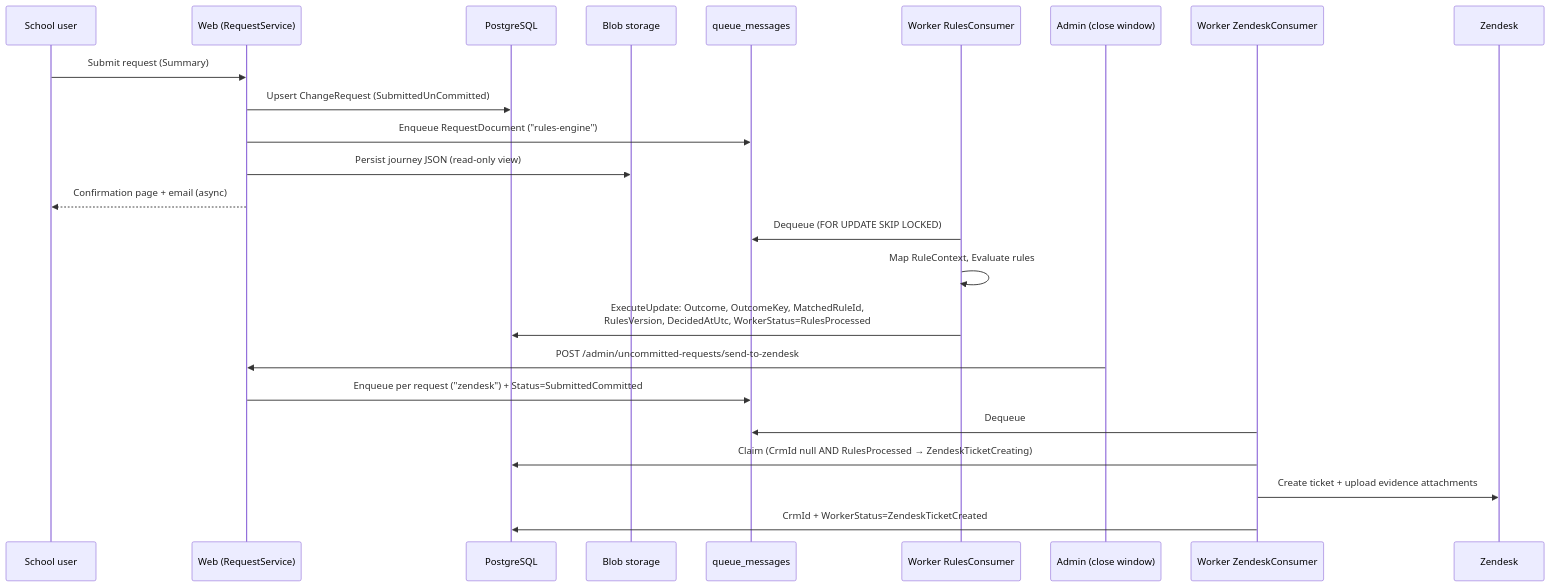
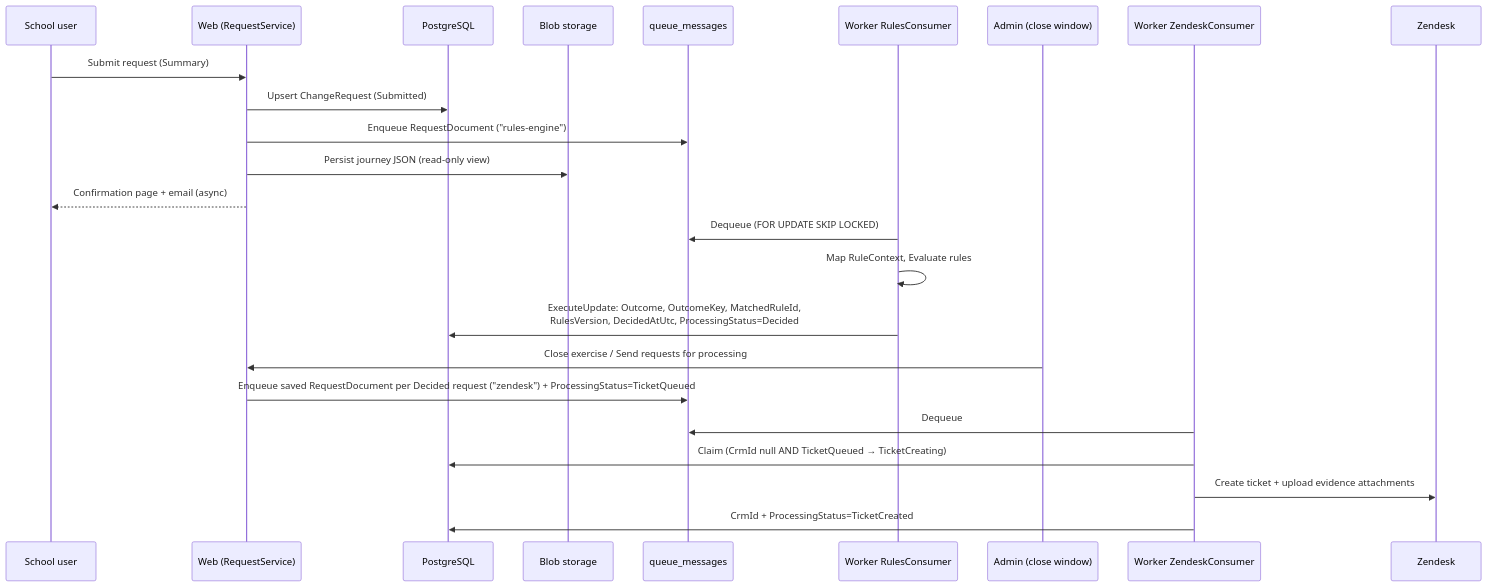
The third of 4 diagrams in docs/technical-stakeholders-functional-overview.md (DFE-Digital/check-performance-data), drawn with Mermaid before and after one commit. The commit also changed other lines of this file and 82 other files, not shown here.

Commit message:
Simplifying the request statuses and how the messages flow through Rules Engine and Zendesk sender.

````diff
--- a/docs/technical-stakeholders-functional-overview.md
+++ b/docs/technical-stakeholders-functional-overview.md
@@ -109,27 +109,27 @@
 ```mermaid
 sequenceDiagram
   participant U as School user
   participant W as Web (RequestService)
   participant DB as PostgreSQL
   participant B as Blob storage
   participant Q as queue_messages
   participant RC as Worker RulesConsumer
   participant A as Admin (close window)
   participant ZC as Worker ZendeskConsumer
   participant Z as Zendesk
 
   U->>W: Submit request (Summary)
-  W->>DB: Upsert ChangeRequest (SubmittedUnCommitted)
+  W->>DB: Upsert ChangeRequest (Submitted)
   W->>Q: Enqueue RequestDocument ("rules-engine")
   W->>B: Persist journey JSON (read-only view)
   W-->>U: Confirmation page + email (async)
   RC->>Q: Dequeue (FOR UPDATE SKIP LOCKED)
   RC->>RC: Map RuleContext, Evaluate rules
-  RC->>DB: ExecuteUpdate: Outcome, OutcomeKey, MatchedRuleId,<br/>RulesVersion, DecidedAtUtc, WorkerStatus=RulesProcessed
-  A->>W: POST /admin/uncommitted-requests/send-to-zendesk
-  W->>Q: Enqueue per request ("zendesk") + Status=SubmittedCommitted
+  RC->>DB: ExecuteUpdate: Outcome, OutcomeKey, MatchedRuleId,<br/>RulesVersion, DecidedAtUtc, ProcessingStatus=Decided
+  A->>W: Close exercise / Send requests for processing
+  W->>Q: Enqueue saved RequestDocument per Decided request ("zendesk") + ProcessingStatus=TicketQueued
   ZC->>Q: Dequeue
-  ZC->>DB: Claim (CrmId null AND RulesProcessed → ZendeskTicketCreating)
+  ZC->>DB: Claim (CrmId null AND TicketQueued → TicketCreating)
   ZC->>Z: Create ticket + upload evidence attachments
-  ZC->>DB: CrmId + WorkerStatus=ZendeskTicketCreated
+  ZC->>DB: CrmId + ProcessingStatus=TicketCreated
 ```
````
